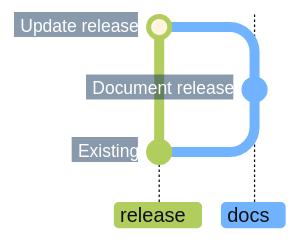
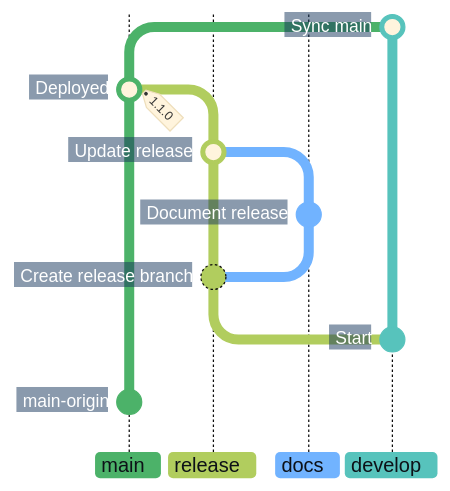
One commit to superhero/operations.superduper.solutions changed the sixth of 7 diagrams in docs/adr/cicd.md. Above: the diagram before and after it, drawn with Mermaid. The commit also changed other lines of this file, not shown here.

Commit message:
docs: show the full release cycle for release documentation
Mirror the development documentation graph with docs branching from and returning to the release branch before publication and synchronization. Keep release-target documentation support marked as planned.

````diff
--- a/docs/adr/cicd.md
+++ b/docs/adr/cicd.md
@@ -225,14 +225,27 @@
 ```mermaid
-%%{init: {"theme": "base", "themeCSS": "line.branch { stroke: #8B949E; stroke-width: 1px; stroke-dasharray: 1 4; stroke-linecap: round; } .branchLabel, .tag-label { font-weight: 700; } .tag-label-bkg, .commit-label-bkg { opacity: 0.9; } .tag-label-bkg { fill: #B8E6C4; stroke: #8ED3A2; } .branchLabelBkg { opacity: 1; clip-path: inset(0 8px 0 0 round 4px) fill-box; } .commit-labels g:last-of-type { visibility: hidden; } .commit-labels g { transform-box: fill-box; transform-origin: calc(100% + 17px) calc(50% + 2px); transform: rotate(-10deg); } .commit-label { font-weight: 700; transform: translateX(-8px); } .commit-label-bkg { stroke: #17365D; stroke-width: 20px; transform: translateX(-5px); clip-path: polygon(-4px -4px, calc(100% + 4px) -4px, calc(100% + 10px) 50%, calc(100% + 4px) calc(100% + 4px), -4px calc(100% + 4px)) fill-box; }", "gitGraph": {"mainBranchName": "release", "showCommitLabel": true, "rotateCommitLabel": false}, "themeVariables": {
+%%{init: {"theme": "base", "themeCSS": "line.branch { stroke: #8B949E; stroke-width: 1px; stroke-dasharray: 1 4; stroke-linecap: round; } .branchLabel, .tag-label { font-weight: 700; } .tag-label-bkg, .commit-label-bkg { opacity: 0.9; } .tag-label-bkg { fill: #B8E6C4; stroke: #8ED3A2; } .branchLabelBkg { opacity: 1; clip-path: inset(0 8px 0 0 round 4px) fill-box; } .commit-labels g:nth-last-of-type(-n+2), .commit.main-origin { visibility: hidden; } path.arrow3:not(.arrow3 ~ .arrow3) { filter: drop-shadow(0 50px 0 #57C3BC); } .commit-labels g { transform-box: fill-box; transform-origin: calc(100% + 17px) calc(50% + 2px); transform: rotate(-10deg); } .commit-label { font-weight: 700; transform: translateX(-8px); } .commit-label-bkg { stroke: #17365D; stroke-width: 20px; transform: translateX(-5px); clip-path: polygon(-4px -4px, calc(100% + 4px) -4px, calc(100% + 10px) 50%, calc(100% + 4px) calc(100% + 4px), -4px calc(100% + 4px)) fill-box; } .commit.branch { stroke: #B1CD5E; stroke-dasharray: none; }", "gitGraph": {"showCommitLabel": true, "rotateCommitLabel": false}, "themeVariables": {
     "commitLabelFontSize": "14px", "commitLabelColor": "#FFFFFF", "commitLabelBackground": "#17365D",
-    "git0": "#B1CD5E", "gitBranchLabel0": "#0D1117",
-    "git1": "#71B3FF", "gitBranchLabel1": "#0D1117"
+    "git0": "#4CB269", "gitBranchLabel0": "#0D1117",
+    "git1": "#B1CD5E", "gitBranchLabel1": "#0D1117",
+    "git2": "#71B3FF", "gitBranchLabel2": "#0D1117",
+    "git3": "#57C3BC", "gitBranchLabel3": "#0D1117"
 }}}%%
 gitGraph BT:
-    %% Hide the existing target commit note while retaining its connection.
-    commit id: "Existing"
-    branch docs order: 1
+    %% Show existing main and develop lanes with earlier ancestry and initial notes omitted.
+    branch develop order: 3
+    checkout main
+    %% Hide the main marker; extend develop by 50px below its visible release fork to align the starts.
+    commit id: "main-origin"
+    checkout develop
+    commit id: "Start"
+    branch release order: 1
+    commit id: "Create release branch"
+    branch docs order: 2
     commit id: "Document release"
     checkout release
     merge docs id: "Update release"
+    checkout main
+    merge release id: "Deployed" tag: "1.1.0"
+    checkout develop
+    merge main id: "Sync main"
 ```
````
